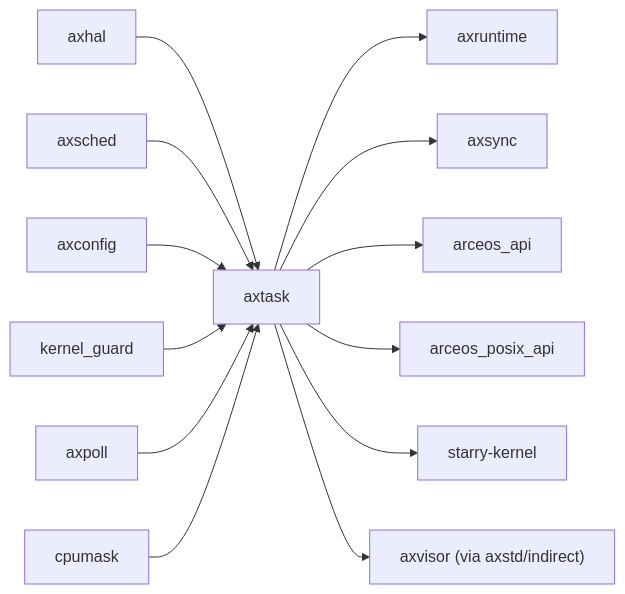
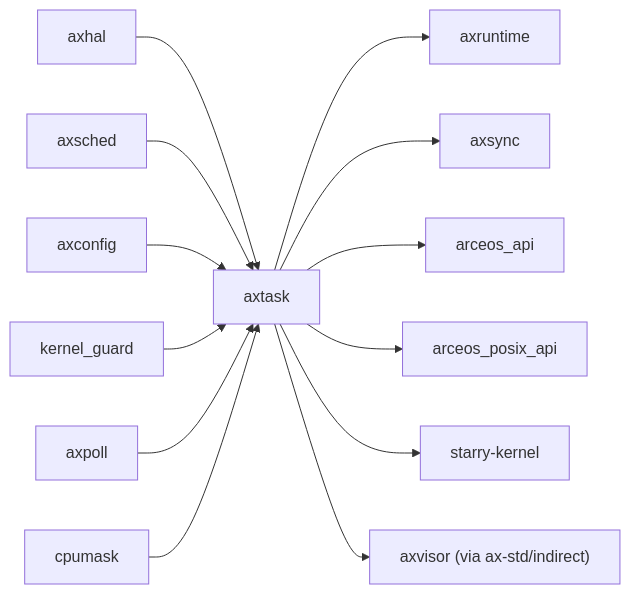
One commit to zKurisu/tgoskits changed the second of 2 diagrams in docs/crates/axtask.md. Above: the diagram before and after it, drawn with Mermaid. The commit also changed other lines of this file and 153 other files, not shown here.

Commit message:
rename axstd to ax-std

````diff
--- a/docs/crates/axtask.md
+++ b/docs/crates/axtask.md
@@ -122,16 +122,16 @@
 ```mermaid
 graph LR
     axhal["axhal"] --> axtask["axtask"]
     axsched["axsched"] --> axtask
     axconfig["axconfig"] --> axtask
     kernel_guard["kernel_guard"] --> axtask
     axpoll["axpoll"] --> axtask
     cpumask["cpumask"] --> axtask
 
     axtask --> axruntime["axruntime"]
     axtask --> axsync["axsync"]
     axtask --> arceos_api["arceos_api"]
     axtask --> arceos_posix_api["arceos_posix_api"]
     axtask --> starry["starry-kernel"]
-    axtask --> axvisor["axvisor (via axstd/indirect)"]
+    axtask --> axvisor["axvisor (via ax-std/indirect)"]
 ```
````
